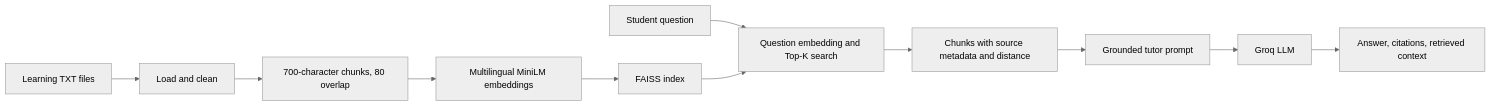
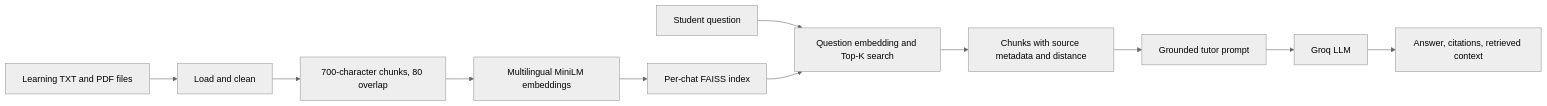
One commit to Vsspnc/SubtestNLP changed the diagram in README.md. Above: the diagram before and after it, drawn with Mermaid (neutral theme). The commit also changed other lines of this file and 4 other files, not shown here.

````diff
--- a/README.md
+++ b/README.md
@@ -19,13 +22,13 @@
 ```mermaid
 flowchart LR
-  A[Learning TXT files] --> B[Load and clean]
+   A[Learning TXT and PDF files] --> B[Load and clean]
   B --> C[700-character chunks, 80 overlap]
   C --> D[Multilingual MiniLM embeddings]
-  D --> E[FAISS index]
+   D --> E[Per-chat FAISS index]
   F[Student question] --> G[Question embedding and Top-K search]
-  E --> G
+   E --> G
   G --> H[Chunks with source metadata and distance]
   H --> I[Grounded tutor prompt]
   I --> J[Groq LLM]
   J --> K[Answer, citations, retrieved context]
 ```
````
